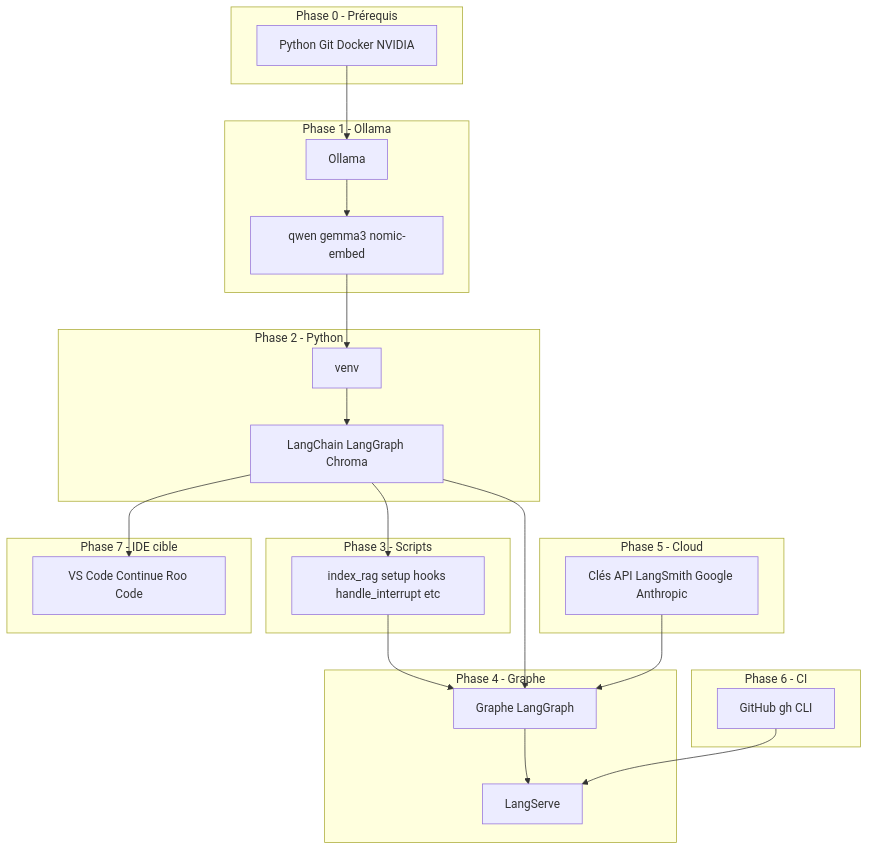
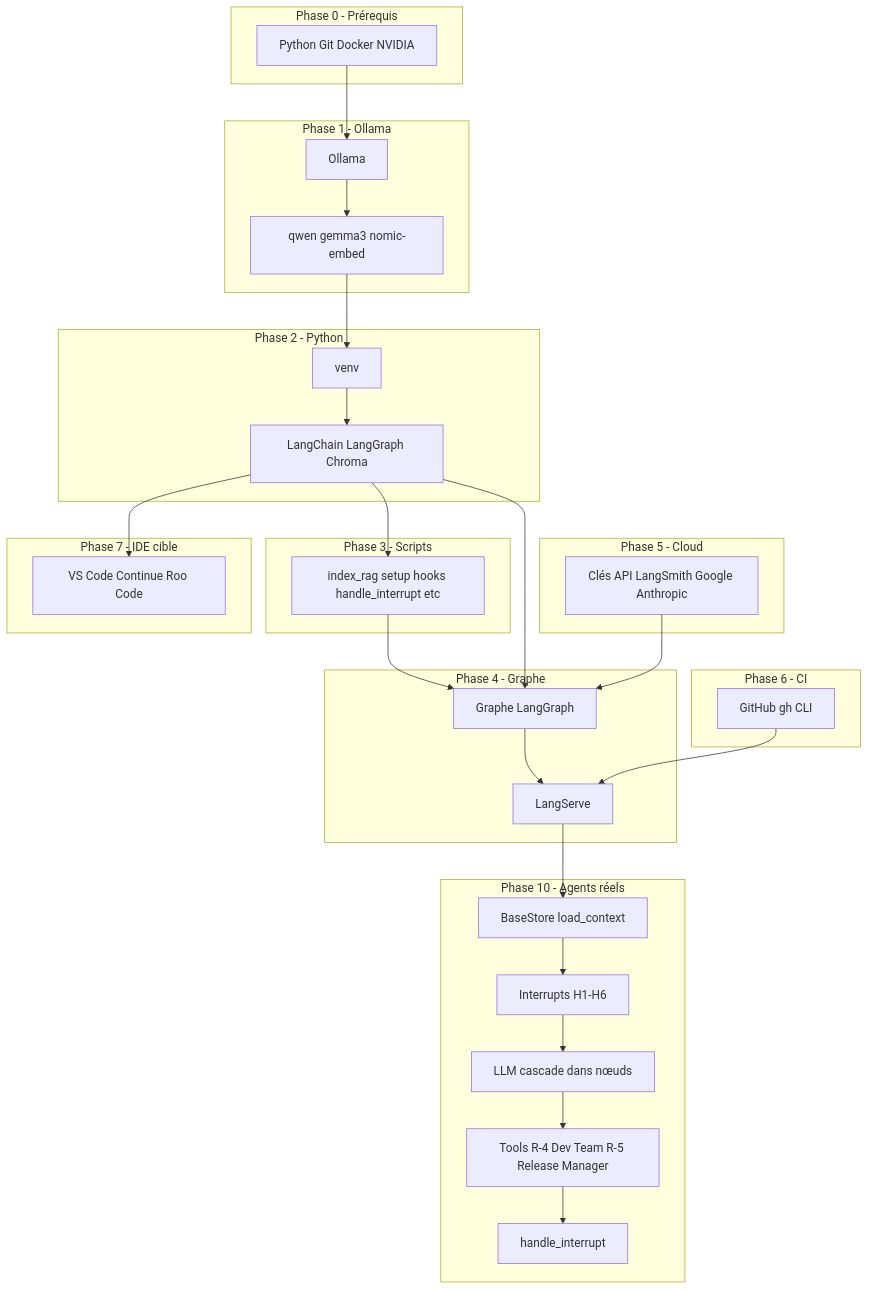
Before and after one commit to nghiaphan31/albert-agile: the diagram in specs/plans/Implementation_Ecosysteme_Agile_Calypso.md, drawn with Mermaid. The commit also changed other lines of this file and 1 other file, not shown here.

````diff
--- a/specs/plans/Implementation_Ecosysteme_Agile_Calypso.md
+++ b/specs/plans/Implementation_Ecosysteme_Agile_Calypso.md
@@ -628,49 +31,62 @@
 ```mermaid
 flowchart TB
     subgraph Phase0 [Phase 0 - Prérequis]
         Sys[Python Git Docker NVIDIA]
     end
 
     subgraph Phase1 [Phase 1 - Ollama]
         Ollama[Ollama]
         Models[qwen gemma3 nomic-embed]
     end
 
     subgraph Phase2 [Phase 2 - Python]
         Venv[venv]
         Libs[LangChain LangGraph Chroma]
     end
 
     subgraph Phase3 [Phase 3 - Scripts]
         Scripts[index_rag setup hooks handle_interrupt etc]
     end
 
     subgraph Phase4 [Phase 4 - Graphe]
         Graph[Graphe LangGraph]
         LangServe[LangServe]
     end
 
     subgraph Phase5 [Phase 5 - Cloud]
         Keys[Clés API LangSmith Google Anthropic]
     end
 
     subgraph Phase6 [Phase 6 - CI]
         GH[GitHub gh CLI]
     end
 
     subgraph Phase7 [Phase 7 - IDE cible]
         VSCode[VS Code Continue Roo Code]
     end
 
+    subgraph Phase10 [Phase 10 - Agents réels]
+        BaseStore[BaseStore load_context]
+        Interrupts[Interrupts H1-H6]
+        LLM[LLM cascade dans nœuds]
+        Tools[Tools R-4 Dev Team R-5 Release Manager]
+        Handle[handle_interrupt]
+    end
+
     Sys --> Ollama
     Ollama --> Models
     Models --> Venv
     Venv --> Libs
     Libs --> Scripts
     Scripts --> Graph
     Libs --> Graph
     Graph --> LangServe
     Keys --> Graph
     GH --> LangServe
     Libs --> VSCode
+    LangServe --> BaseStore
+    BaseStore --> Interrupts
+    Interrupts --> LLM
+    LLM --> Tools
+    Tools --> Handle
 ```
````
